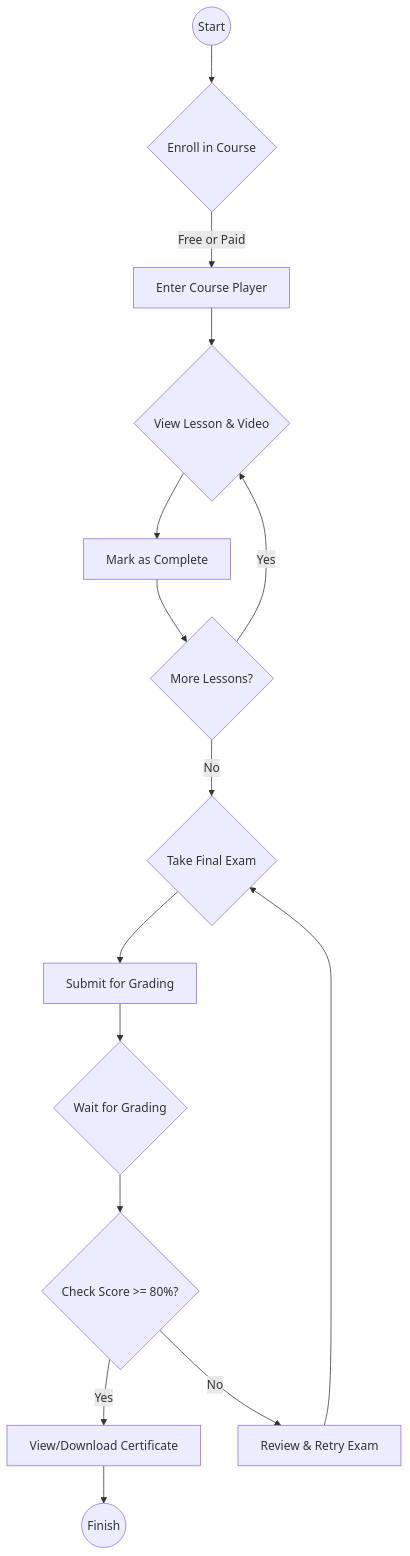
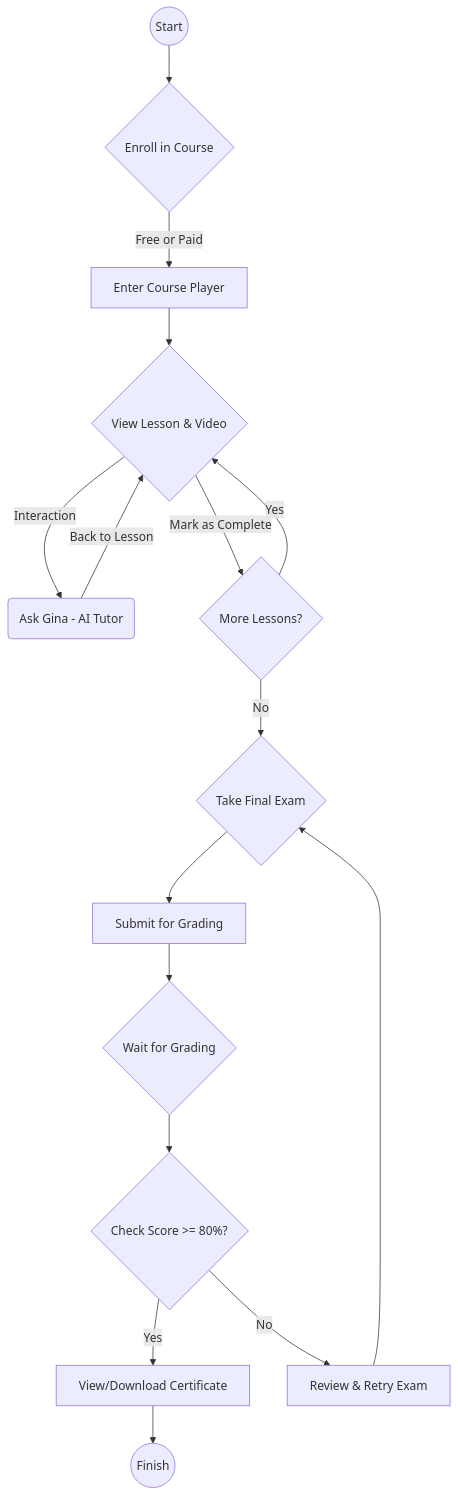
Before and after one commit to Kmaina32/Ubuntu-Academy-: the third of 5 diagrams in VISUAL_FRAMEWORK.md, drawn with Mermaid. The commit also changed other lines of this file, not shown here.

First line of the commit message:
Show AI Tutor Integration in the Learning Path

````diff
--- a/VISUAL_FRAMEWORK.md
+++ b/VISUAL_FRAMEWORK.md
@@ -77,17 +77,18 @@
 ```mermaid
 graph TD
     Start((Start)) --> Enroll{Enroll in Course};
     Enroll -->|Free or Paid| Learn[Enter Course Player];
     Learn --> Lesson{View Lesson & Video};
-    Lesson --> Complete["Mark as Complete"];
-    Complete --> Next{More Lessons?};
+    Lesson -- Interaction --> Tutor(Ask Gina - AI Tutor)
+    Tutor -- Back to Lesson --> Lesson
+    Lesson -- Mark as Complete --> Next{More Lessons?};
     Next -- Yes --> Lesson;
     Next -- No --> Exam{Take Final Exam};
     Exam --> Submit[Submit for Grading];
     Submit --> Graded{Wait for Grading};
     Graded --> CheckScore{Check Score >= 80%?};
     CheckScore -- Yes --> Certificate[View/Download Certificate];
     CheckScore -- No --> Retry[Review & Retry Exam];
     Certificate --> End((Finish));
     Retry --> Exam;
 ```
````
